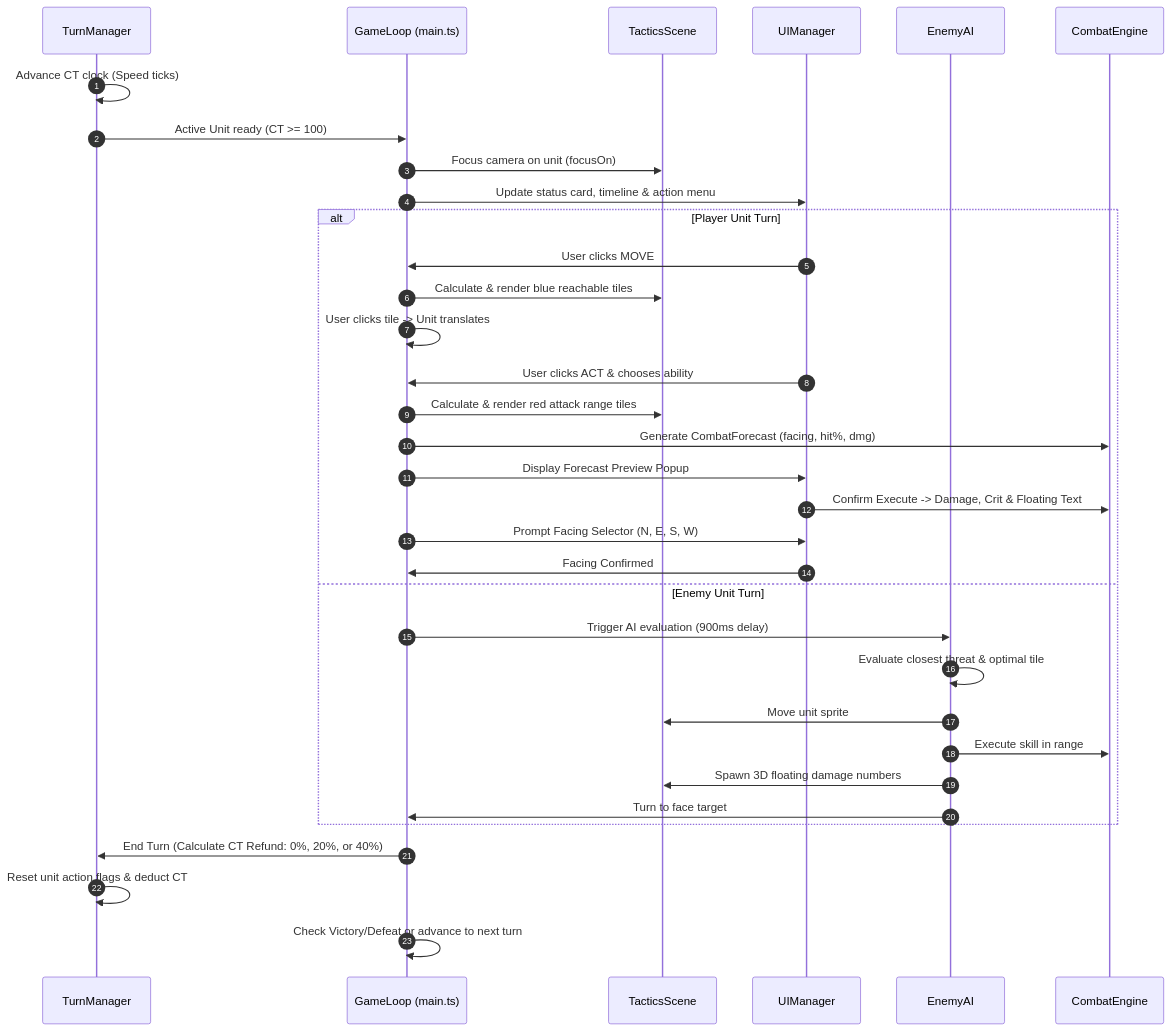
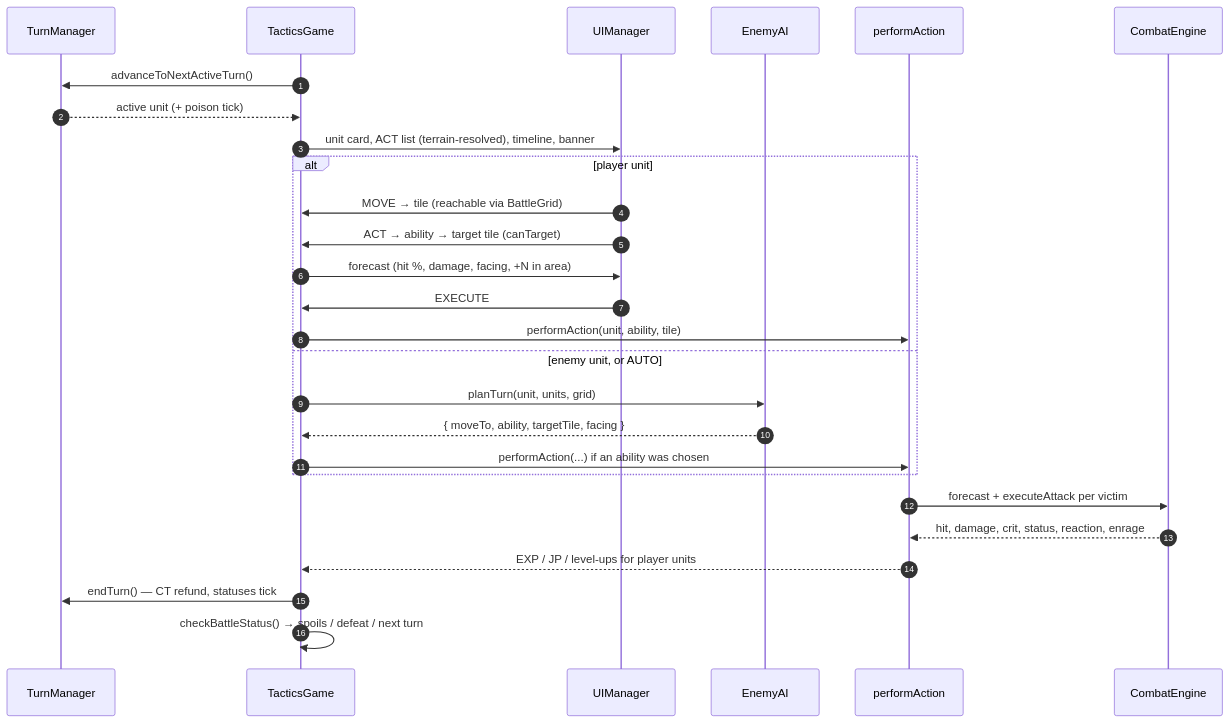
The third of 8 diagrams in docs/ARCHITECTURE.md (CptNope/Chess-RPG-Tactics), drawn with Mermaid before and after one commit. The commit also changed other lines of this file and 25 other files, not shown here.

First line of the commit message:
Docs overhaul (0.8.1): guides, roadmap, generated content reference

````diff
--- a/docs/ARCHITECTURE.md
+++ b/docs/ARCHITECTURE.md
@@ -47,39 +110,30 @@
 ```mermaid
 sequenceDiagram
     autonumber
     participant TM as TurnManager
-    participant Main as GameLoop (main.ts)
-    participant Scene as TacticsScene
+    participant G as TacticsGame
     participant UI as UIManager
     participant AI as EnemyAI
-    participant Combat as CombatEngine
+    participant P as performAction
+    participant CE as CombatEngine
 
-    TM->>TM: Advance CT clock (Speed ticks)
-    TM->>Main: Active Unit ready (CT >= 100)
-    Main->>Scene: Focus camera on unit (focusOn)
-    Main->>UI: Update status card, timeline & action menu
-    
-    alt Player Unit Turn
-        UI->>Main: User clicks MOVE
-        Main->>Scene: Calculate & render blue reachable tiles
-        Main->>Main: User clicks tile -> Unit translates
-        UI->>Main: User clicks ACT & chooses ability
-        Main->>Scene: Calculate & render red attack range tiles
-        Main->>Combat: Generate CombatForecast (facing, hit%, dmg)
-        Main->>UI: Display Forecast Preview Popup
-        UI->>Combat: Confirm Execute -> Damage, Crit & Floating Text
-        Main->>UI: Prompt Facing Selector (N, E, S, W)
-        UI->>Main: Facing Confirmed
-    else Enemy Unit Turn
-        Main->>AI: Trigger AI evaluation (900ms delay)
-        AI->>AI: Evaluate closest threat & optimal tile
-        AI->>Scene: Move unit sprite
-        AI->>Combat: Execute skill in range
-        AI->>Scene: Spawn 3D floating damage numbers
-        AI->>Main: Turn to face target
+    G->>TM: advanceToNextActiveTurn()
+    TM-->>G: active unit (+ poison tick)
+    G->>UI: unit card, ACT list (terrain-resolved), timeline, banner
+    alt player unit
+        UI->>G: MOVE → tile (reachable via BattleGrid)
+        UI->>G: ACT → ability → target tile (canTarget)
+        G->>UI: forecast (hit %, damage, facing, +N in area)
+        UI->>G: EXECUTE
+        G->>P: performAction(unit, ability, tile)
+    else enemy unit, or AUTO
+        G->>AI: planTurn(unit, units, grid)
+        AI-->>G: { moveTo, ability, targetTile, facing }
+        G->>P: performAction(...) if an ability was chosen
     end
-
-    Main->>TM: End Turn (Calculate CT Refund: 0%, 20%, or 40%)
-    TM->>TM: Reset unit action flags & deduct CT
-    Main->>Main: Check Victory/Defeat or advance to next turn
+    P->>CE: forecast + executeAttack per victim
+    CE-->>P: hit, damage, crit, status, reaction, enrage
+    P-->>G: EXP / JP / level-ups for player units
+    G->>TM: endTurn() — CT refund, statuses tick
+    G->>G: checkBattleStatus() → spoils / defeat / next turn
 ```
````
